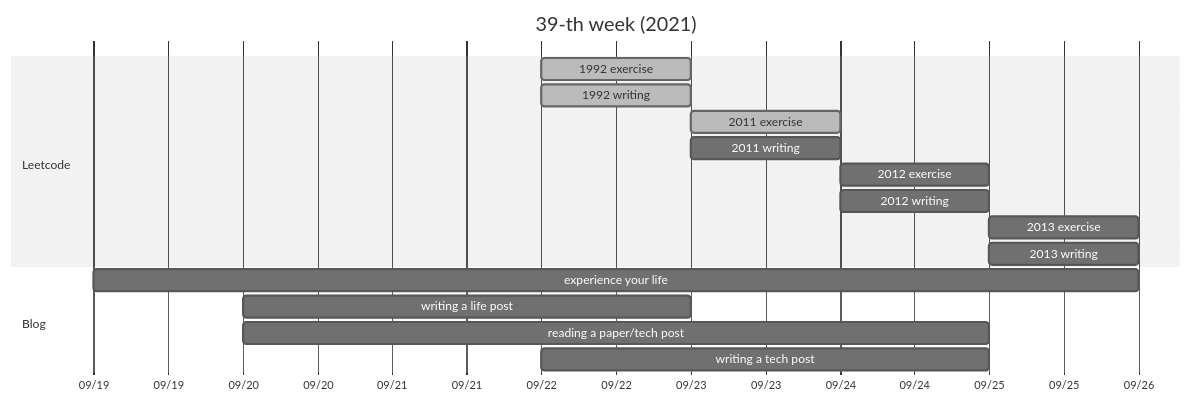
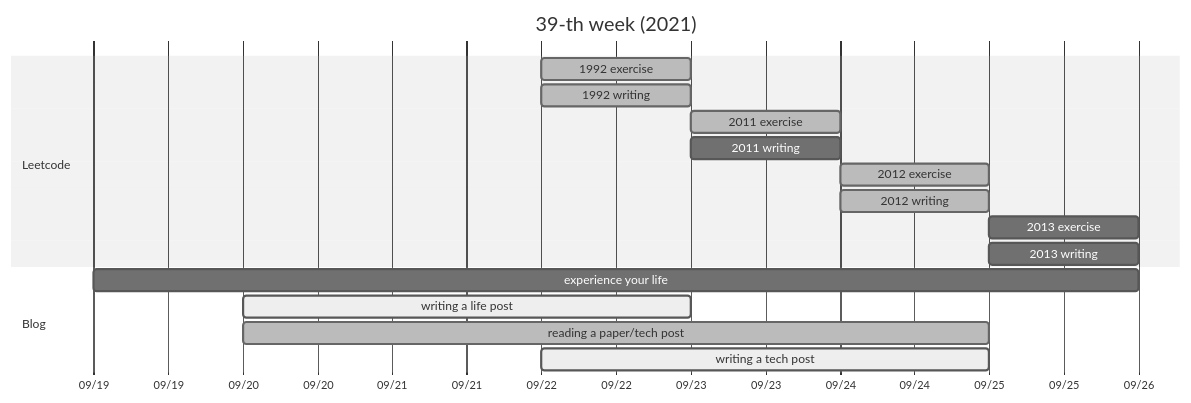
One commit to michaelmoju/allenyummy.github.io changed the diagram in _posts/2021-09-22-39th-weekly-progress.md. Above: the diagram before and after it, drawn with Mermaid (neutral theme).

Commit message:
[modified] gantt

````diff
--- a/_posts/2021-09-22-39th-weekly-progress.md
+++ b/_posts/2021-09-22-39th-weekly-progress.md
@@ -23,22 +23,22 @@
 ```mermaid
 gantt
     title 39-th week (2021)
     dateFormat  YYYY-MM-DD
     axisFormat  %m/%d
 
     section Leetcode
     1992 exercise       : done  , L1, 2021-09-22, 1d
     1992 writing        : done  , L2, 2021-09-22, 1d
     2011 exercise       : done  , L3, 2021-09-23, 1d
     2011 writing        :         L4, 2021-09-23, 1d
-    2012 exercise       : done    L5, 2021-09-24, 1d
-    2012 writing        : done    L6, 2021-09-24, 1d
+    2012 exercise       : done  , L5, 2021-09-24, 1d
+    2012 writing        : done  , L6, 2021-09-24, 1d
     2013 exercise       :         L7, 2021-09-25, 1d
     2013 writing        :         L8, 2021-09-25, 1d
 
     section Blog
     experience your life:         B1, 2021-09-19, 7d
-    writing a life post :         B2, 2021-09-20, 3d
-    reading a paper/tech post:    B3, 2021-09-20, 5d
-    writing a tech post :         B2, 2021-09-22, 3d
+    writing a life post : active, B2, 2021-09-20, 3d
+    reading a paper/tech post: done, B3, 2021-09-20, 5d
+    writing a tech post : active, B4, 2021-09-22, 3d
 ```
````
